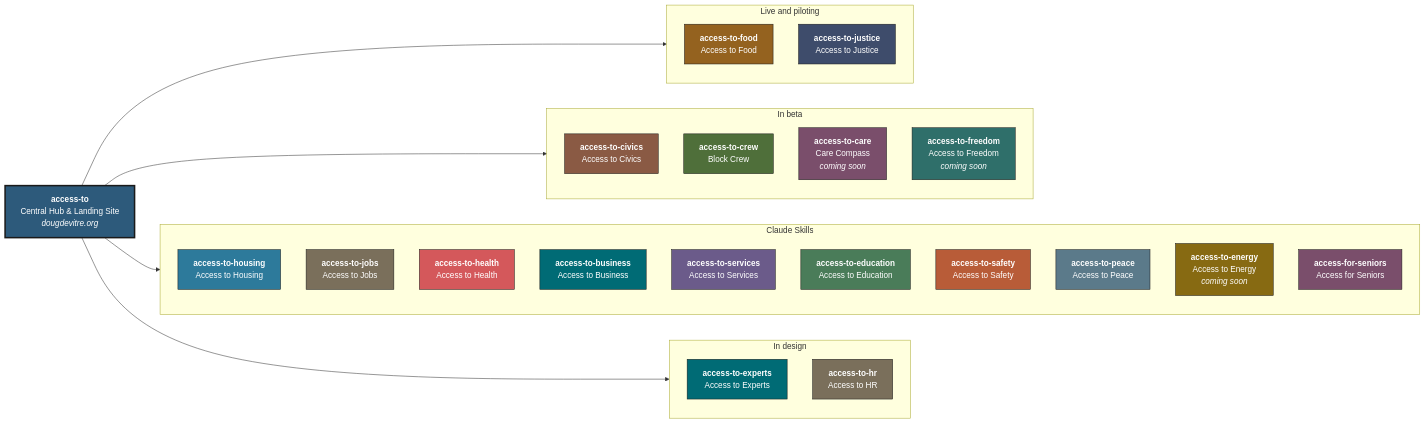
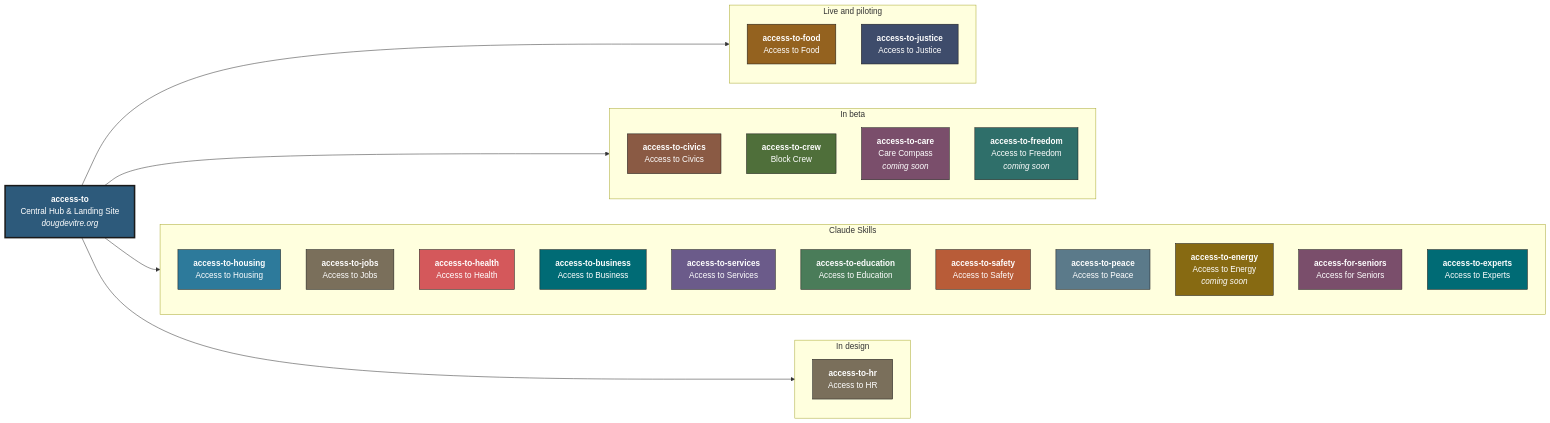
The second of 6 diagrams in README.md (dougdevitre/access-to), drawn with Mermaid before and after one commit. The commit also changed other lines of this file and 8 other files, not shown here.

````diff
--- a/README.md
+++ b/README.md
@@ -116,58 +116,58 @@
 ```mermaid
 flowchart LR
     HUB["<b>access-to</b><br/>Central Hub & Landing Site<br/><i>dougdevitre.org</i>"]
     subgraph LIVE ["Live and piloting"]
         direction TB
         access_to_food["<b>access-to-food</b><br/>Access to Food"]
         access_to_justice["<b>access-to-justice</b><br/>Access to Justice"]
     end
     HUB --> LIVE
     subgraph BETA ["In beta"]
         direction TB
         access_to_civics["<b>access-to-civics</b><br/>Access to Civics"]
         access_to_crew["<b>access-to-crew</b><br/>Block Crew"]
         access_to_care["<b>access-to-care</b><br/>Care Compass<br/><i>coming soon</i>"]
         access_to_freedom["<b>access-to-freedom</b><br/>Access to Freedom<br/><i>coming soon</i>"]
     end
     HUB --> BETA
     subgraph SKILLS ["Claude Skills"]
         direction TB
         access_to_housing["<b>access-to-housing</b><br/>Access to Housing"]
         access_to_jobs["<b>access-to-jobs</b><br/>Access to Jobs"]
         access_to_health["<b>access-to-health</b><br/>Access to Health"]
         access_to_business["<b>access-to-business</b><br/>Access to Business"]
         access_to_services["<b>access-to-services</b><br/>Access to Services"]
         access_to_education["<b>access-to-education</b><br/>Access to Education"]
         access_to_safety["<b>access-to-safety</b><br/>Access to Safety"]
         access_to_peace["<b>access-to-peace</b><br/>Access to Peace"]
         access_to_energy["<b>access-to-energy</b><br/>Access to Energy<br/><i>coming soon</i>"]
         access_for_seniors["<b>access-for-seniors</b><br/>Access for Seniors"]
+        access_to_experts["<b>access-to-experts</b><br/>Access to Experts"]
     end
     HUB --> SKILLS
     subgraph DESIGN ["In design"]
         direction TB
-        access_to_experts["<b>access-to-experts</b><br/>Access to Experts"]
         access_to_hr["<b>access-to-hr</b><br/>Access to HR"]
     end
     HUB --> DESIGN
 
     style HUB fill:#2D5A7B,stroke:#1A1A1A,color:#fff,stroke-width:3px
     style access_to_food fill:#94621F,stroke:#1A1A1A,color:#fff
     style access_to_justice fill:#3E4C6B,stroke:#1A1A1A,color:#fff
     style access_to_civics fill:#8A5A44,stroke:#1A1A1A,color:#fff
     style access_to_crew fill:#4F6F3A,stroke:#1A1A1A,color:#fff
     style access_to_care fill:#7A4E6B,stroke:#1A1A1A,color:#fff
     style access_to_freedom fill:#2F6F6A,stroke:#1A1A1A,color:#fff
     style access_to_housing fill:#2D7A9B,stroke:#1A1A1A,color:#fff
     style access_to_jobs fill:#7A6F5B,stroke:#1A1A1A,color:#fff
     style access_to_health fill:#D4585B,stroke:#1A1A1A,color:#fff
     style access_to_business fill:#006b75,stroke:#1A1A1A,color:#fff
     style access_to_services fill:#6B5B8A,stroke:#1A1A1A,color:#fff
     style access_to_education fill:#4A7C59,stroke:#1A1A1A,color:#fff
     style access_to_safety fill:#B85C38,stroke:#1A1A1A,color:#fff
     style access_to_peace fill:#5B7A8A,stroke:#1A1A1A,color:#fff
     style access_to_energy fill:#876A12,stroke:#1A1A1A,color:#fff
     style access_for_seniors fill:#7A4E6B,stroke:#1A1A1A,color:#fff
     style access_to_experts fill:#006b75,stroke:#1A1A1A,color:#fff
     style access_to_hr fill:#7A6F5B,stroke:#1A1A1A,color:#fff
 ```
````
